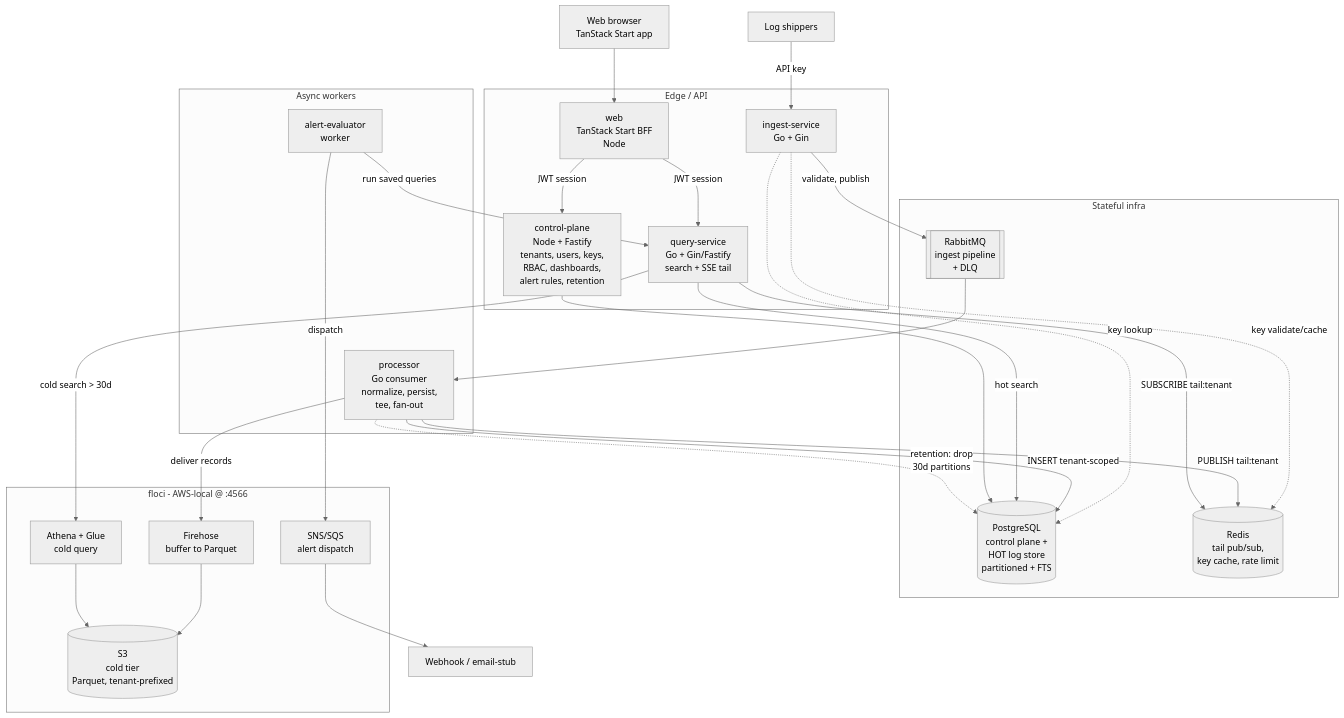
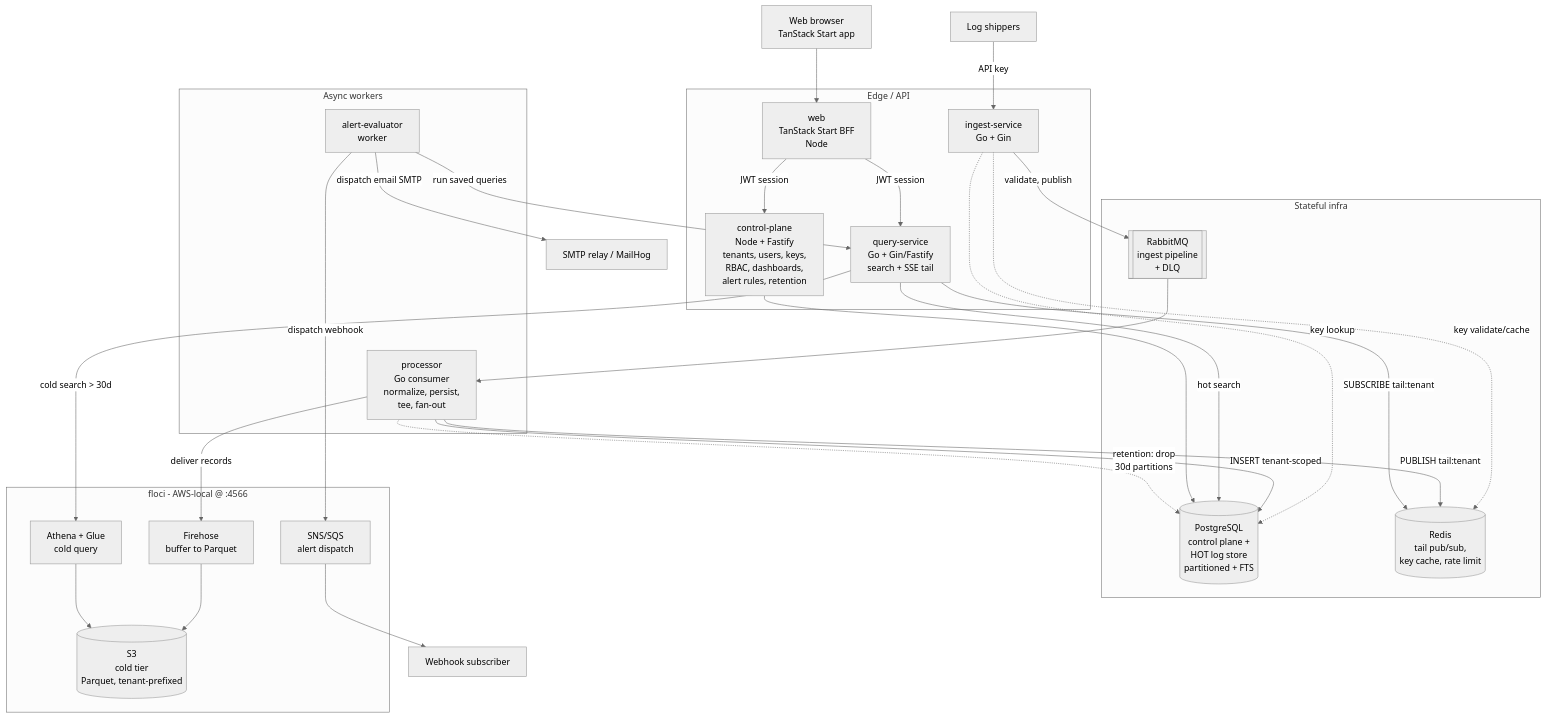
One commit to bRRRITSCOLD/logalot changed the second of 6 diagrams in docs/architecture/overview.md. Above: the diagram before and after it, drawn with Mermaid (neutral theme). The commit also changed other lines of this file and 14 other files, not shown here.

First line of the commit message:
feat(alert-evaluator): real SMTP send for the email alert channel (#211)

````diff
--- a/docs/architecture/overview.md
+++ b/docs/architecture/overview.md
@@ -107,57 +107,58 @@
 ```mermaid
 graph TB
     shipper[Log shippers]
     browser[Web browser<br/>TanStack Start app]
 
     subgraph edge[Edge / API]
         web[web<br/>TanStack Start BFF<br/>Node]
         ingest[ingest-service<br/>Go + Gin]
         query[query-service<br/>Go + Gin/Fastify<br/>search + SSE tail]
         control[control-plane<br/>Node + Fastify<br/>tenants, users, keys,<br/>RBAC, dashboards,<br/>alert rules, retention]
     end
 
     subgraph workers[Async workers]
         processor[processor<br/>Go consumer<br/>normalize, persist,<br/>tee, fan-out]
         alerts[alert-evaluator<br/>worker]
     end
 
     subgraph data[Stateful infra]
         pg[(PostgreSQL<br/>control plane +<br/>HOT log store<br/>partitioned + FTS)]
         redis[(Redis<br/>tail pub/sub,<br/>key cache, rate limit)]
         rmq[[RabbitMQ<br/>ingest pipeline<br/>+ DLQ]]
     end
 
     subgraph floci[floci - AWS-local @ :4566]
         s3[(S3<br/>cold tier<br/>Parquet, tenant-prefixed)]
         fh[Firehose<br/>buffer to Parquet]
         athena[Athena + Glue<br/>cold query]
         sns[SNS/SQS<br/>alert dispatch]
     end
 
     shipper -->|API key| ingest
     browser --> web
     web -->|JWT session| query
     web -->|JWT session| control
 
     ingest -->|validate, publish| rmq
     ingest -.->|key validate/cache| redis
     ingest -.->|key lookup| pg
 
     rmq --> processor
     processor -->|INSERT tenant-scoped| pg
     processor -->|PUBLISH tail:tenant| redis
     processor -->|deliver records| fh
     fh --> s3
 
     query -->|hot search| pg
     query -->|SUBSCRIBE tail:tenant| redis
     query -->|cold search > 30d| athena
     athena --> s3
 
     control --> pg
     alerts -->|run saved queries| query
-    alerts -->|dispatch| sns
-    sns --> ext[Webhook / email-stub]
+    alerts -->|dispatch webhook| sns
+    sns --> webhook_ext[Webhook subscriber]
+    alerts -->|dispatch email SMTP| mailhog_ext[SMTP relay / MailHog]
 
     processor -.->|retention: drop<br/>30d partitions| pg
 ```
````
